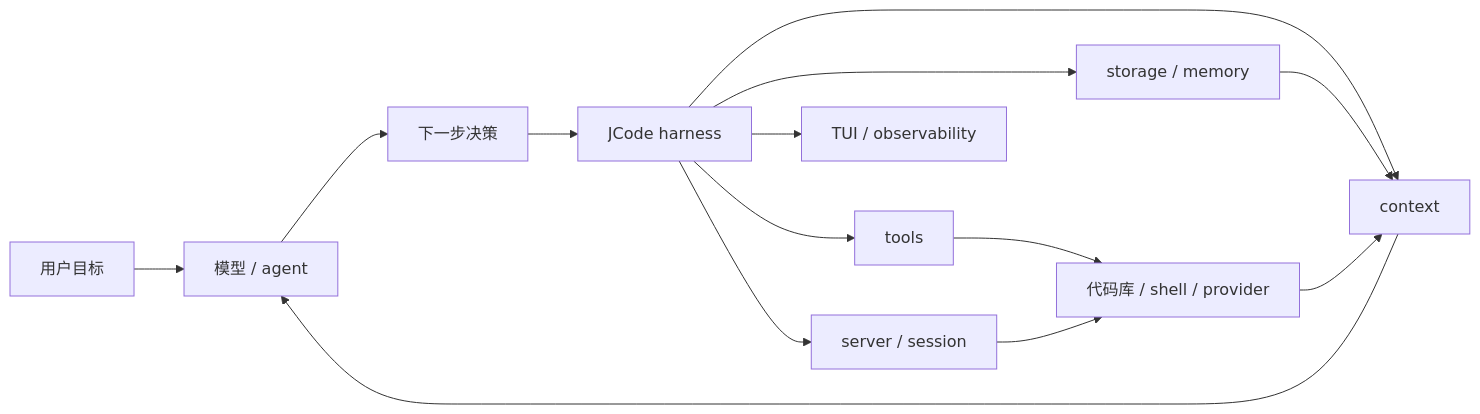
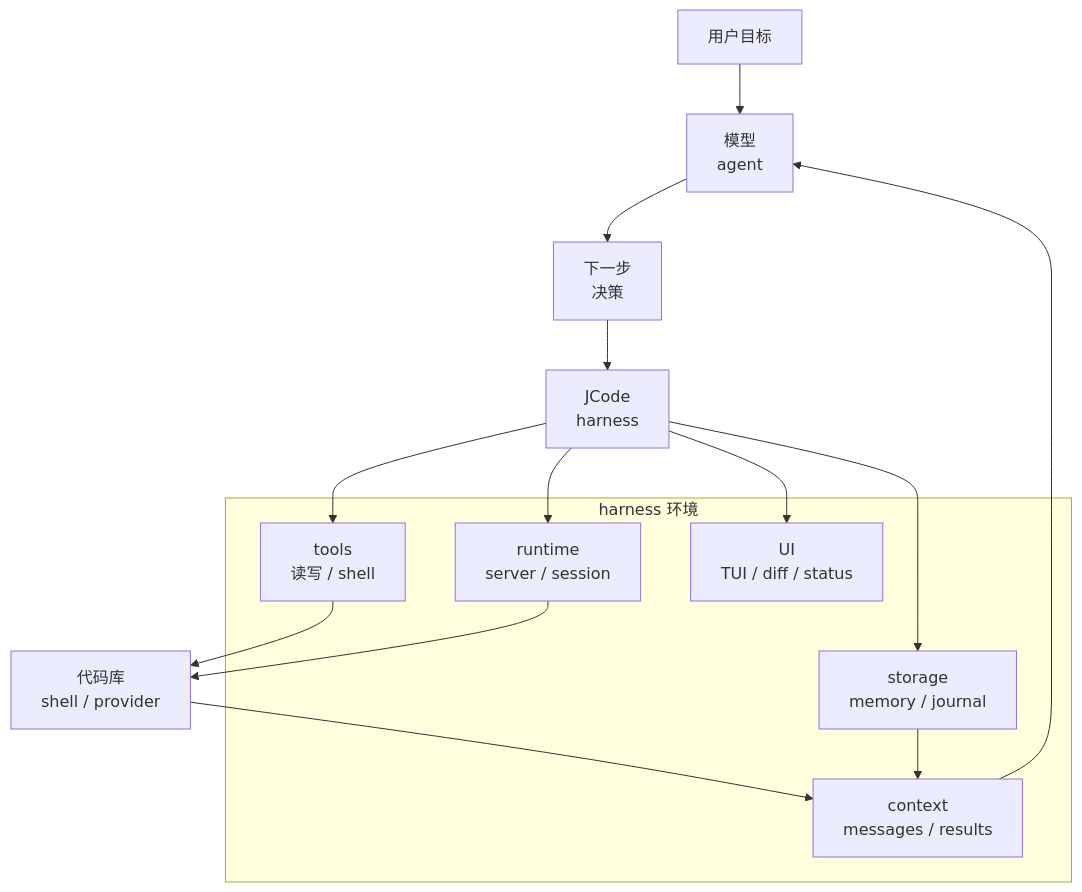
Before and after one commit to Br1an67/learn-jcode: the diagram in docs/zh/s01-harness-mindset.md, drawn with Mermaid. The commit also changed 23 other files, not shown here.

Commit message:
Improve Mermaid diagram layout

````diff
--- a/docs/zh/s01-harness-mindset.md
+++ b/docs/zh/s01-harness-mindset.md
@@ -30,16 +30,24 @@
 ```mermaid
-flowchart LR
-  User["用户目标"] --> Model["模型 / agent"]
-  Model --> Decision["下一步决策"]
-  Decision --> Harness["JCode harness"]
-  Harness --> Tools["tools"]
-  Harness --> Context["context"]
-  Harness --> Runtime["server / session"]
-  Harness --> UI["TUI / observability"]
-  Harness --> Storage["storage / memory"]
-  Tools --> World["代码库 / shell / provider"]
+flowchart TD
+  User["用户目标"] --> Model["模型<br/>agent"]
+  Model --> Decision["下一步<br/>决策"]
+  Decision --> Harness["JCode<br/>harness"]
+
+  subgraph Env["harness 环境"]
+    Tools["tools<br/>读写 / shell"]
+    Runtime["runtime<br/>server / session"]
+    UI["UI<br/>TUI / diff / status"]
+    Storage["storage<br/>memory / journal"]
+    Context["context<br/>messages / results"]
+  end
+
+  Harness --> Tools
+  Harness --> Runtime
+  Harness --> UI
+  Harness --> Storage
+  Storage --> Context
+  Tools --> World["代码库<br/>shell / provider"]
   Runtime --> World
-  Storage --> Context
   World --> Context
   Context --> Model
 ```
````
